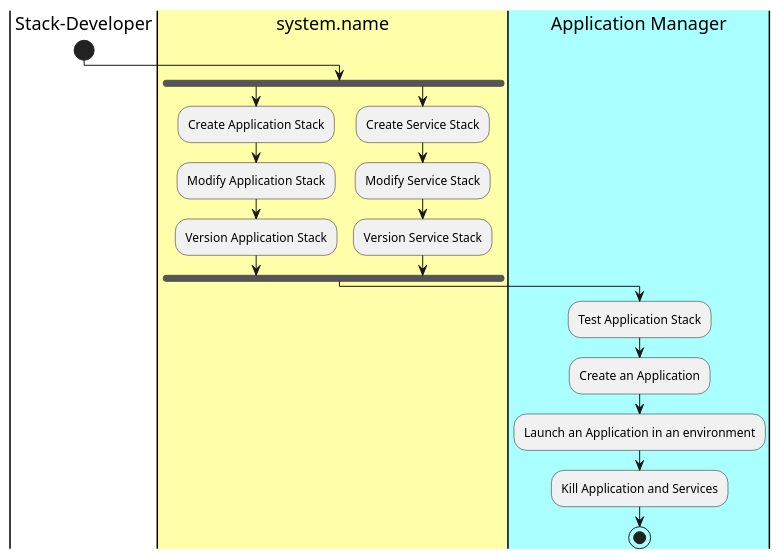
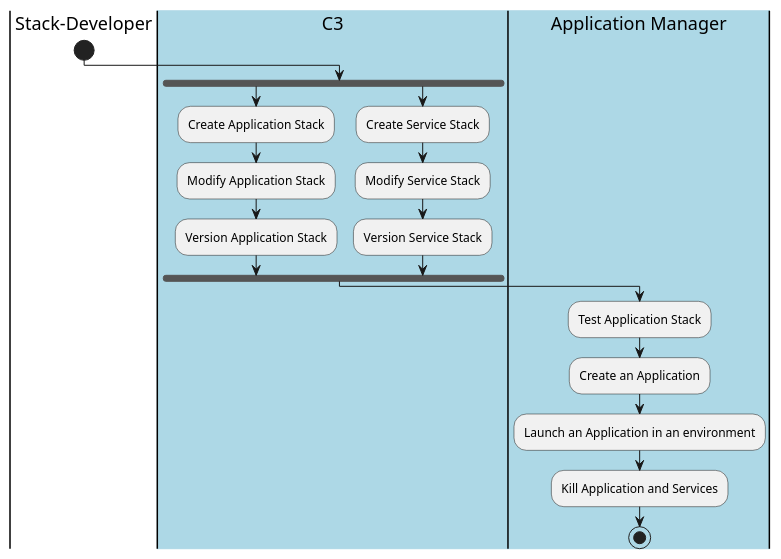
One commit to CAADE/C3 changed the diagram in docs/Actors/Stack-Developer/Workflow.puml. Above: the diagram before and after it, drawn with PlantUML. The commit also changed 256 other files, not shown here.

```diff
--- a/docs/Actors/Stack-Developer/Workflow.puml
+++ b/docs/Actors/Stack-Developer/Workflow.puml
@@ -1,20 +1,20 @@
 @startuml
 |Stack-Developer|
 start
-|#ffffaa|system.name|
+|#lightblue|C3|
 fork
 :Create Application Stack;
 :Modify Application Stack;
 :Version Application Stack;
 fork again
 :Create Service Stack;
 :Modify Service Stack;
 :Version Service Stack;
 fork end
-|#aaffff|Application Manager|
+|#lightblue|Application Manager|
 :Test Application Stack;
 :Create an Application;
 :Launch an Application in an environment;
 :Kill Application and Services;
 stop
 @enduml
```
